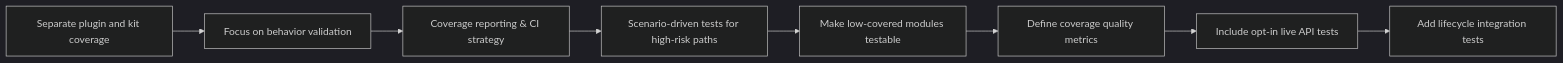
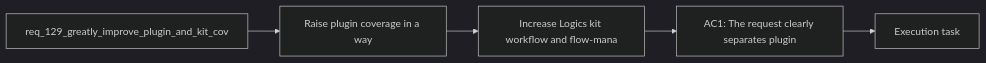
Before and after one commit to AlexAgo83/logics-manager: the diagram in logics/backlog/item_241_increase_logics_kit_workflow_and_flow_manager_behavior_coverage.md, drawn with Mermaid (dark theme). The commit also changed 481 other files, not shown here.

Commit message:
Normalize Logics docs and workflow indicators

````diff
--- a/logics/backlog/item_241_increase_logics_kit_workflow_and_flow_manager_behavior_coverage.md
+++ b/logics/backlog/item_241_increase_logics_kit_workflow_and_flow_manager_behavior_coverage.md
@@ -24,12 +24,9 @@
 ```mermaid
 %% logics-kind: backlog
 %% logics-signature: backlog|increase-logics-kit-workflow-and-flow-ma|req-129-greatly-improve-plugin-and-kit-c|raise-plugin-coverage-in-a-way|ac1-the-request-clearly-separates-plugin
 flowchart LR
-    A[Separate plugin and kit coverage] --> B[Focus on behavior validation]
-    B --> C[Coverage reporting & CI strategy]
-    C --> D[Scenario-driven tests for high-risk paths]
-    D --> E[Make low-covered modules testable]
-    E --> F[Define coverage quality metrics]
-    F --> G[Include opt-in live API tests]
-    G --> H[Add lifecycle integration tests]
+    Request[req_129_greatly_improve_plugin_and_kit_cov] --> Problem[Raise plugin coverage in a way]
+    Problem --> Scope[Increase Logics kit workflow and flow-mana]
+    Scope --> Acceptance[AC1: The request clearly separates plugin]
+    Acceptance --> Tasks[Execution task]
 ```
````
